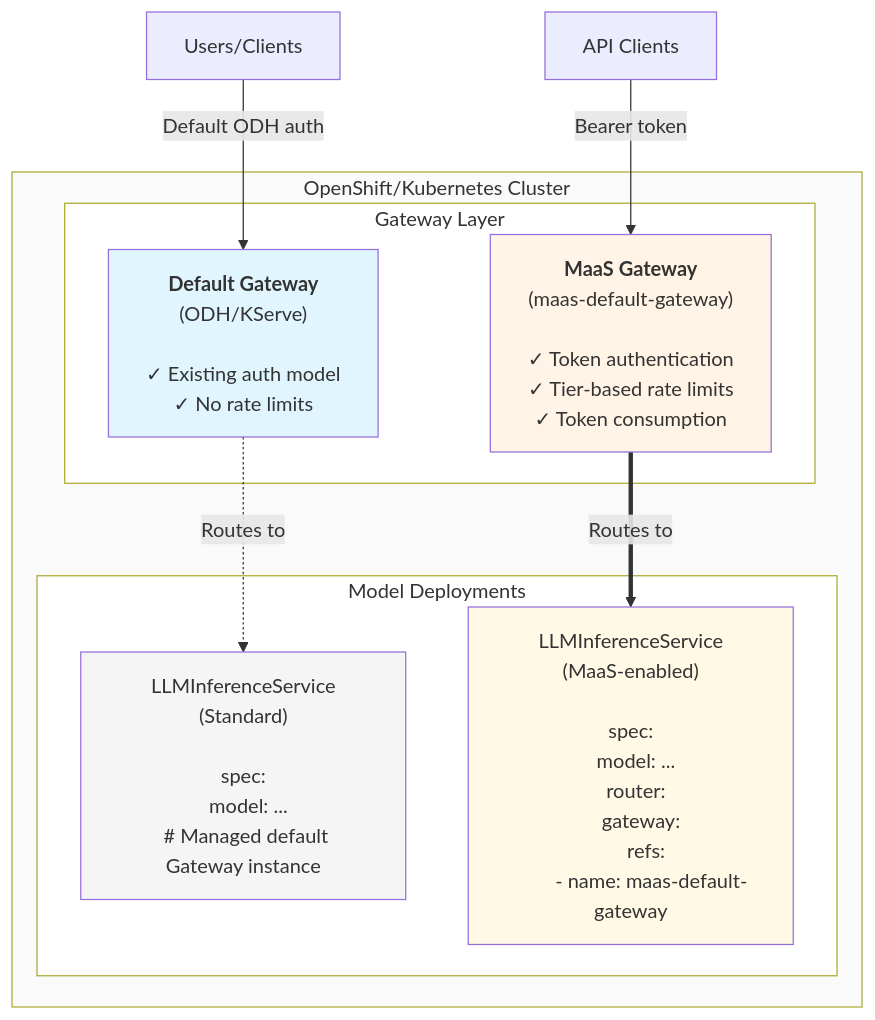
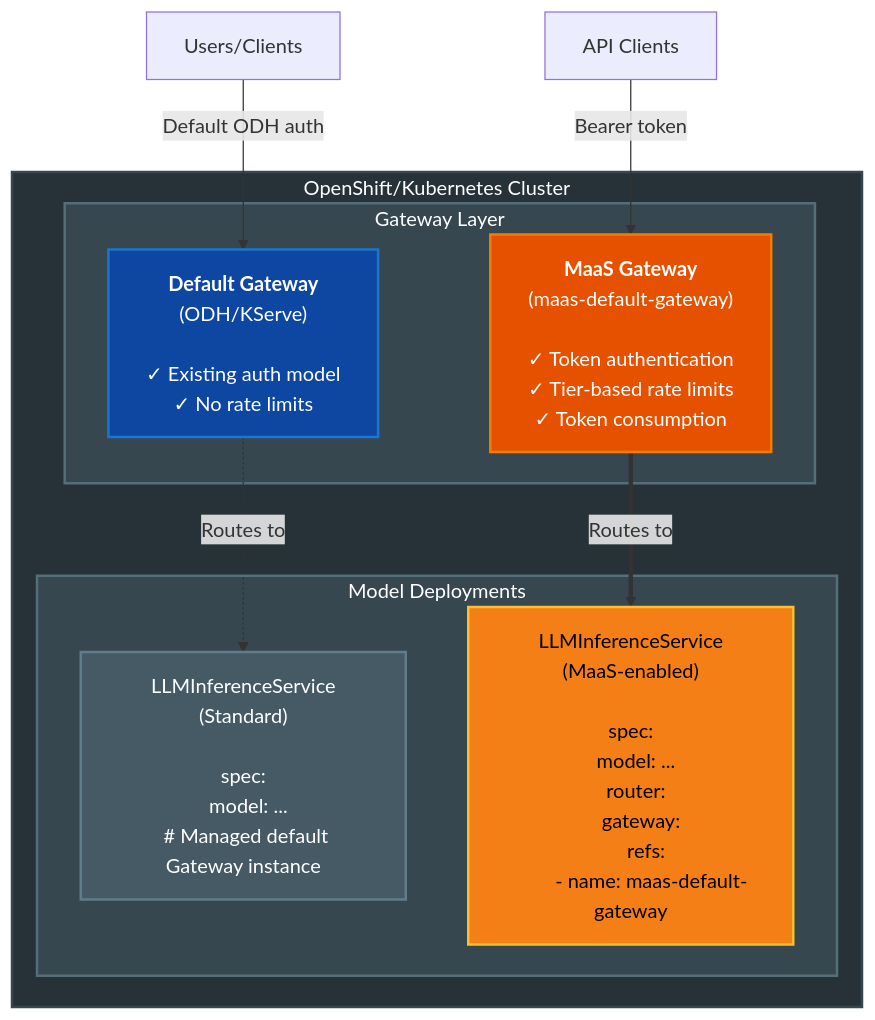
The diagram in docs/content/configuration-and-management/model-setup.md (opendatahub-io/maas-billing), drawn with Mermaid before and after one commit.

Commit message:
docs: improve gateway architecture diagram to be dark-mode friendly

````diff
--- a/docs/content/configuration-and-management/model-setup.md
+++ b/docs/content/configuration-and-management/model-setup.md
@@ -9,28 +9,28 @@
 ```mermaid
 graph TB
     subgraph cluster["OpenShift/Kubernetes Cluster"]
         subgraph gateways["Gateway Layer"]
             defaultGW["<b>Default Gateway</b><br/>(ODH/KServe)<br/><br/>✓ Existing auth model<br/>✓ No rate limits<br/>"]
             maasGW["<b>MaaS Gateway</b><br/>(maas-default-gateway)<br/><br/>✓ Token authentication<br/>✓ Tier-based rate limits<br/>✓ Token consumption "]
         end
 
         subgraph models["Model Deployments"]
             standardModel["LLMInferenceService<br/>(Standard)<br/><br/>spec:<br/>  model: ...<br/>  # Managed default Gateway instance"]
             maasModel["LLMInferenceService<br/>(MaaS-enabled)<br/><br/>spec:<br/>  model: ...<br/>  router:<br/>    gateway:<br/>      refs:<br/>        - name: maas-default-gateway"]
         end
 
         defaultGW -.->|"Routes to"| standardModel
         maasGW ==>|"Routes to"| maasModel
     end
 
     users["Users/Clients"] -->|"Default ODH auth"| defaultGW
     apiUsers["API Clients"] -->|"Bearer token"| maasGW
 
-    style defaultGW fill:#e1f5ff
-    style maasGW fill:#fff4e6
-    style standardModel fill:#f5f5f5
-    style maasModel fill:#fff9e6
-    style cluster fill:#fafafa
-    style gateways fill:#ffffff
-    style models fill:#ffffff
+    style defaultGW fill:#0d47a1,stroke:#1976d2,stroke-width:2px,color:#fff
+    style maasGW fill:#e65100,stroke:#f57c00,stroke-width:2px,color:#fff
+    style standardModel fill:#455a64,stroke:#607d8b,stroke-width:2px,color:#fff
+    style maasModel fill:#f57f17,stroke:#fbc02d,stroke-width:2px,color:#000
+    style cluster fill:#263238,stroke:#37474f,stroke-width:2px,color:#fff
+    style gateways fill:#37474f,stroke:#546e7a,stroke-width:2px,color:#fff
+    style models fill:#37474f,stroke:#546e7a,stroke-width:2px,color:#fff
 ```
````
